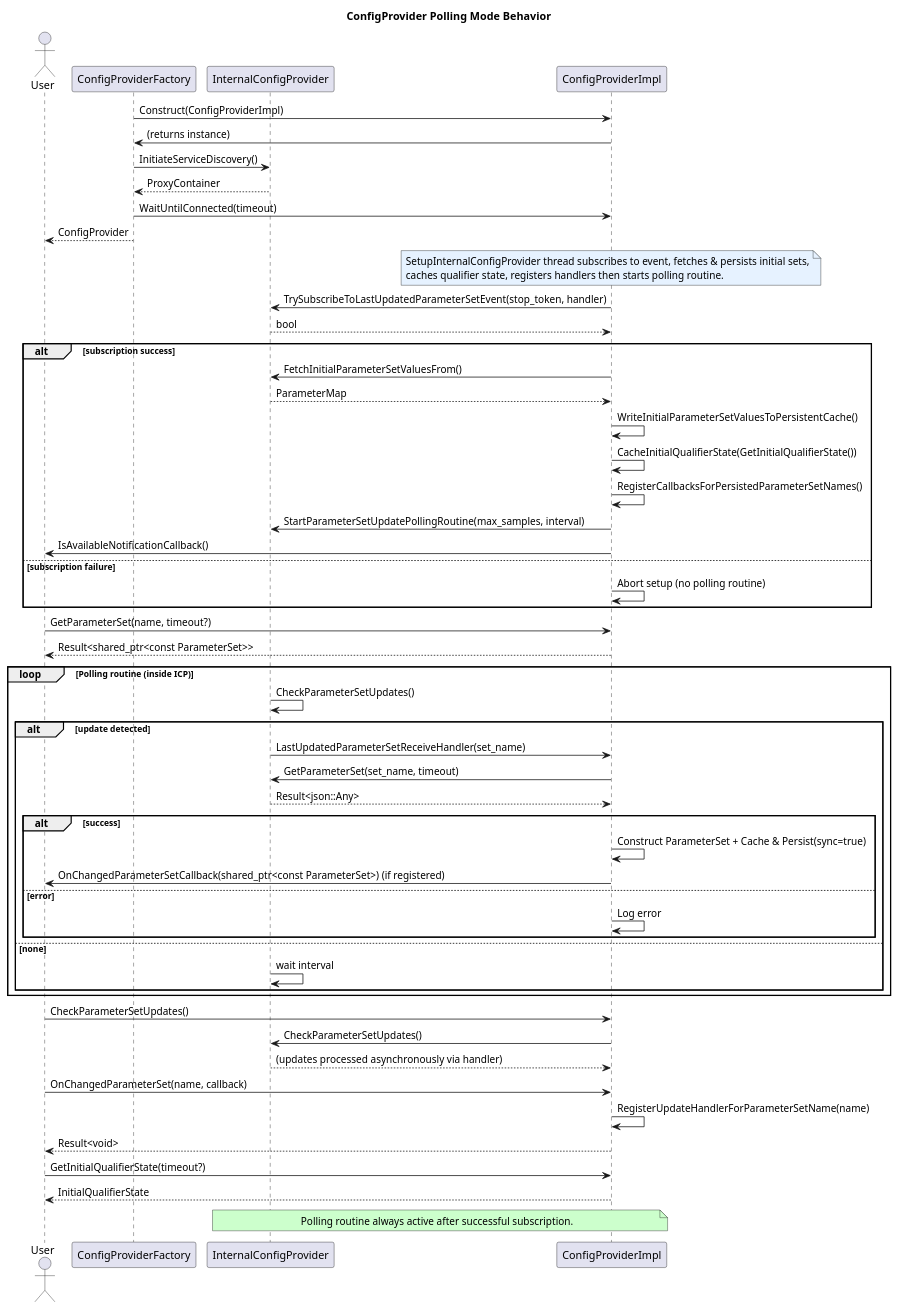
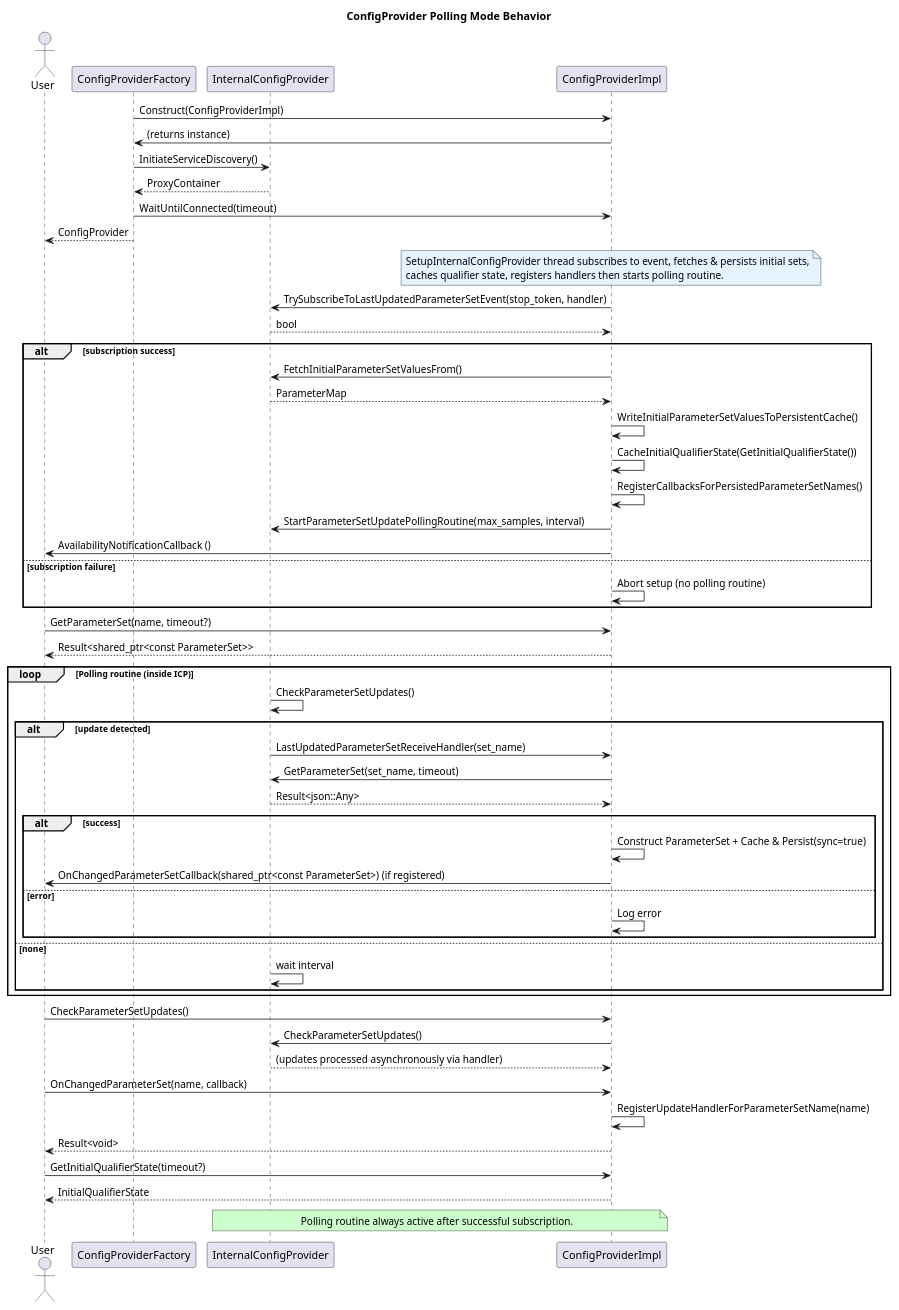
One commit to eclipse-score/config_management changed the diagram in score/config_management/config_provider/detailed_design/assets/polling_mode.puml. Above: the diagram before and after it, drawn with PlantUML. The commit also changed 69 other files, not shown here.

```diff
--- a/score/config_management/config_provider/detailed_design/assets/polling_mode.puml
+++ b/score/config_management/config_provider/detailed_design/assets/polling_mode.puml
@@ -1,78 +1,78 @@
 @startuml PollingMode
 title ConfigProvider Polling Mode Behavior
 skinparam SequenceMessageAlignment left
 skinparam NoteBackgroundColor #E6F2FF
 skinparam BoxPadding 8
 
 actor User as UserBusinessLogic
 participant "ConfigProviderFactory" as CPF
 participant "InternalConfigProvider" as ICP
 participant "ConfigProviderImpl" as CP
 
 ' Factory creates provider (with polling params)
 CPF -> CP : Construct(ConfigProviderImpl)
 CP -> CPF : (returns instance)
 CPF -> ICP : InitiateServiceDiscovery()
 ICP --> CPF : ProxyContainer
 CPF -> CP : WaitUntilConnected(timeout)
 CPF --> UserBusinessLogic : ConfigProvider
 
 note over CP
 SetupInternalConfigProvider thread subscribes to event, fetches & persists initial sets,
 caches qualifier state, registers handlers then starts polling routine.
 end note
 
 CP -> ICP : TrySubscribeToLastUpdatedParameterSetEvent(stop_token, handler)
 ICP --> CP : bool
 alt subscription success
   CP -> ICP : FetchInitialParameterSetValuesFrom()
   ICP --> CP : ParameterMap
   CP -> CP : WriteInitialParameterSetValuesToPersistentCache()
   CP -> CP : CacheInitialQualifierState(GetInitialQualifierState())
   CP -> CP : RegisterCallbacksForPersistedParameterSetNames()
   CP -> ICP : StartParameterSetUpdatePollingRoutine(max_samples, interval)
-  CP -> UserBusinessLogic : IsAvailableNotificationCallback()
+  CP -> UserBusinessLogic : AvailabilityNotificationCallback ()
 else subscription failure
   CP -> CP : Abort setup (no polling routine)
 end
 
 ' User retrieves cached set
 UserBusinessLogic -> CP : GetParameterSet(name, timeout?)
 CP --> UserBusinessLogic : Result<shared_ptr<const ParameterSet>>
 
 loop Polling routine (inside ICP)
   ICP -> ICP : CheckParameterSetUpdates()
   alt update detected
     ICP -> CP : LastUpdatedParameterSetReceiveHandler(set_name)
     CP -> ICP : GetParameterSet(set_name, timeout)
     ICP --> CP : Result<json::Any>
     alt success
       CP -> CP : Construct ParameterSet + Cache & Persist(sync=true)
       CP -> UserBusinessLogic : OnChangedParameterSetCallback(shared_ptr<const ParameterSet>) (if registered)
     else error
       CP -> CP : Log error
     end
   else none
     ICP -> ICP : wait interval
   end
 end
 
 ' Manual stimulation (user forces check)
 UserBusinessLogic -> CP : CheckParameterSetUpdates()
 CP -> ICP : CheckParameterSetUpdates()
 ICP --> CP : (updates processed asynchronously via handler)
 
 ' User subscribes for notifications
 UserBusinessLogic -> CP : OnChangedParameterSet(name, callback)
 CP -> CP : RegisterUpdateHandlerForParameterSetName(name)
 CP --> UserBusinessLogic : Result<void>
 
 ' Obtain cached InitialQualifierState
 UserBusinessLogic -> CP : GetInitialQualifierState(timeout?)
 CP --> UserBusinessLogic : InitialQualifierState
 
 note over CP, ICP #ccffcc
 Polling routine always active after successful subscription.
 end note
 
 @enduml
```
